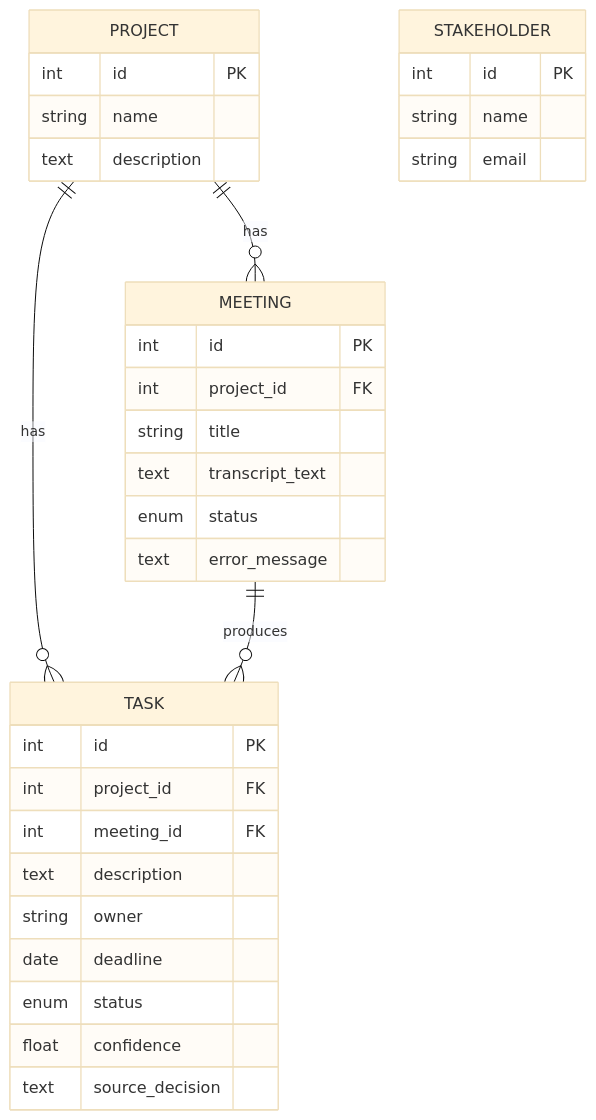
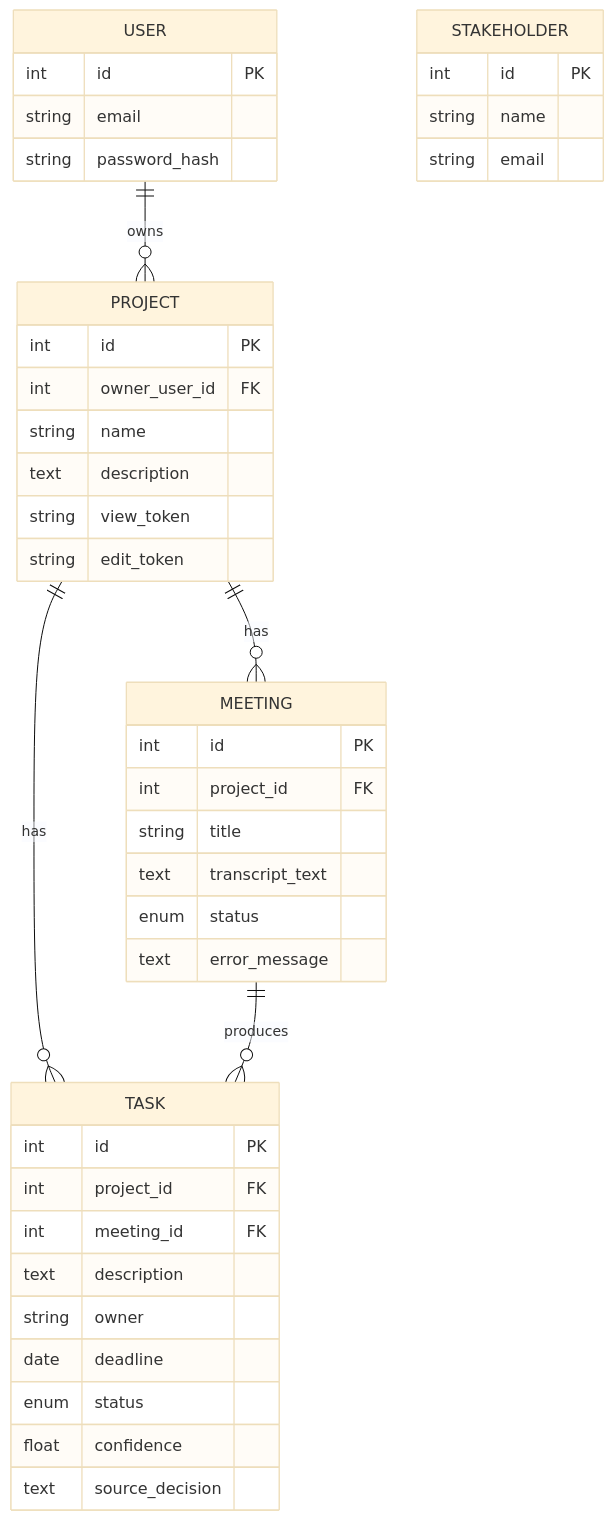
One commit to chinliong/meeting-orchestrator changed the second of 2 diagrams in docs/architecture.md. Above: the diagram before and after it, drawn with Mermaid (base theme). The commit also changed other lines of this file and 2 other files, not shown here.

````diff
--- a/docs/architecture.md
+++ b/docs/architecture.md
@@ -70,35 +98,44 @@
 ```mermaid
 erDiagram
+    USER ||--o{ PROJECT : owns
     PROJECT ||--o{ MEETING : has
     PROJECT ||--o{ TASK : has
     MEETING ||--o{ TASK : produces
+    USER {
+        int id PK
+        string email
+        string password_hash
+    }
     PROJECT {
         int id PK
+        int owner_user_id FK
         string name
         text description
+        string view_token
+        string edit_token
     }
     MEETING {
         int id PK
         int project_id FK
         string title
         text transcript_text
         enum status
         text error_message
     }
     TASK {
         int id PK
         int project_id FK
         int meeting_id FK
         text description
         string owner
         date deadline
         enum status
         float confidence
         text source_decision
     }
     STAKEHOLDER {
         int id PK
         string name
         string email
     }
 ```
````
